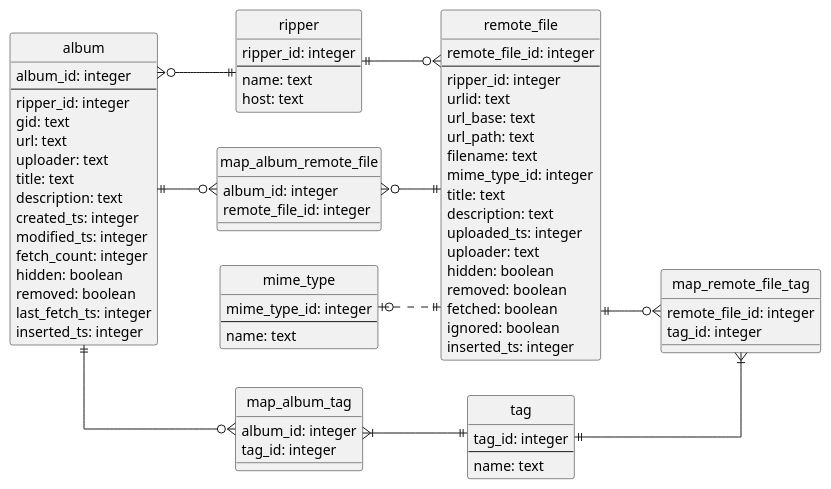
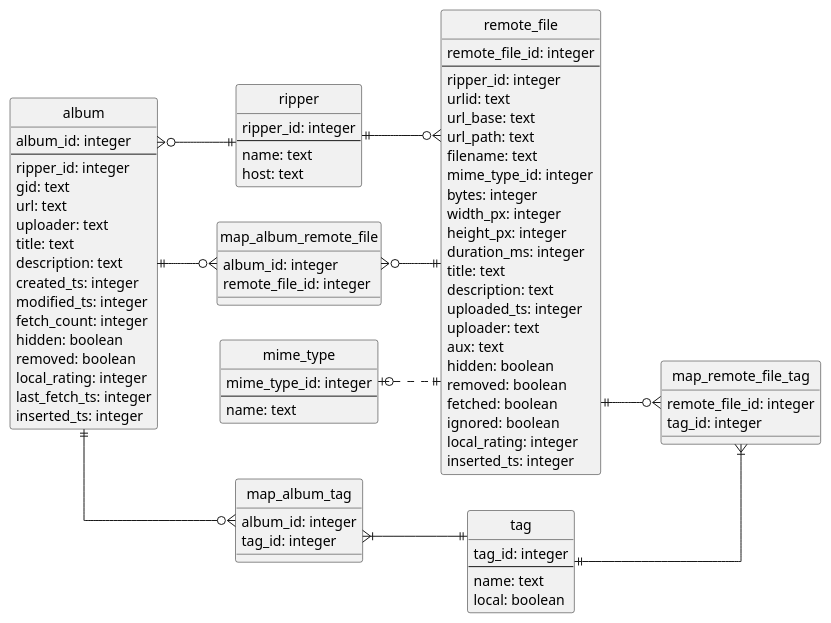
One commit to RipMeApp3/ripme changed the diagram in docs/db.puml. Above: the diagram before and after it, drawn with PlantUML. The commit also changed 2 other files, not shown here.

```diff
--- a/docs/db.puml
+++ b/docs/db.puml
@@ -1,82 +1,90 @@
 @startuml
 
 hide circle
 left to right direction
 skinparam linetype ortho
 
 entity ripper {
    ripper_id: integer
    --
    name: text
    host: text
 }
 entity album {
    album_id: integer
    --
    ripper_id: integer
    gid: text
    url: text
    uploader: text
    title: text
    description: text
    created_ts: integer
    modified_ts: integer
    fetch_count: integer
    hidden: boolean
    removed: boolean
+   local_rating: integer
    last_fetch_ts: integer
    inserted_ts: integer
 }
 entity remote_file {
    remote_file_id: integer
    --
    ripper_id: integer
    urlid: text
    url_base: text
    url_path: text
    filename: text
    mime_type_id: integer
+   bytes: integer
+   width_px: integer
+   height_px: integer
+   duration_ms: integer
    title: text
    description: text
    uploaded_ts: integer
    uploader: text
+   aux: text
    hidden: boolean
    removed: boolean
    fetched: boolean
    ignored: boolean
+   local_rating: integer
    inserted_ts: integer
 }
 entity map_album_remote_file {
    album_id: integer
    remote_file_id: integer
 }
 entity tag {
    tag_id: integer
    --
    name: text
+   local: boolean
 }
 entity map_album_tag {
    album_id: integer
    tag_id: integer
 }
 entity map_remote_file_tag {
    remote_file_id: integer
    tag_id: integer
 }
 entity mime_type {
    mime_type_id: integer
    --
    name: text
 }
 
 album                 }o--|| ripper
 ripper                ||--o{ remote_file
 album                 ||--o{ map_album_remote_file
 map_album_remote_file }o--|| remote_file
 mime_type             |o..|| remote_file
 album                 ||--o{ map_album_tag
 map_album_tag         }|--|| tag
 remote_file           ||--o{ map_remote_file_tag
 tag                   ||--|{ map_remote_file_tag
 
 @enduml
```
